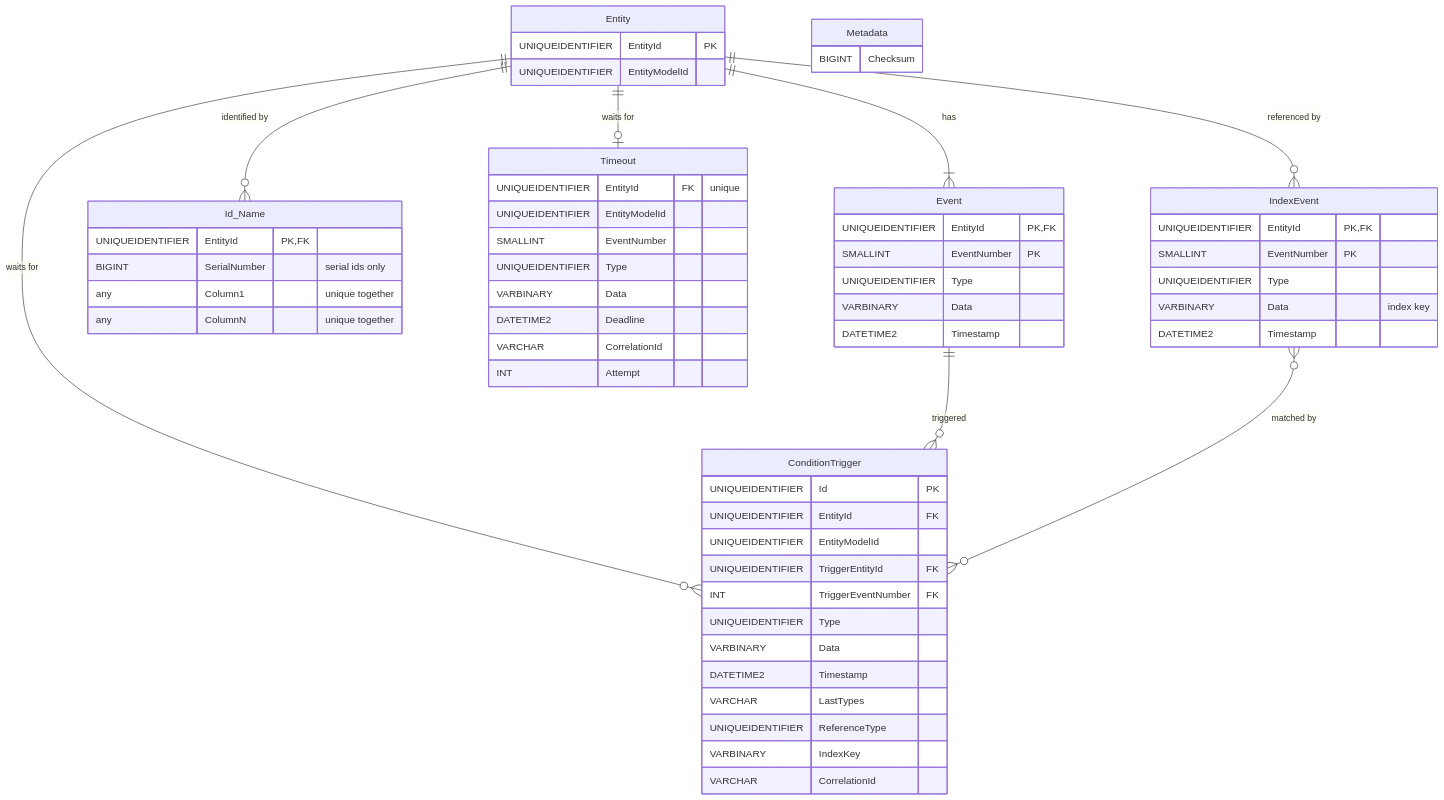
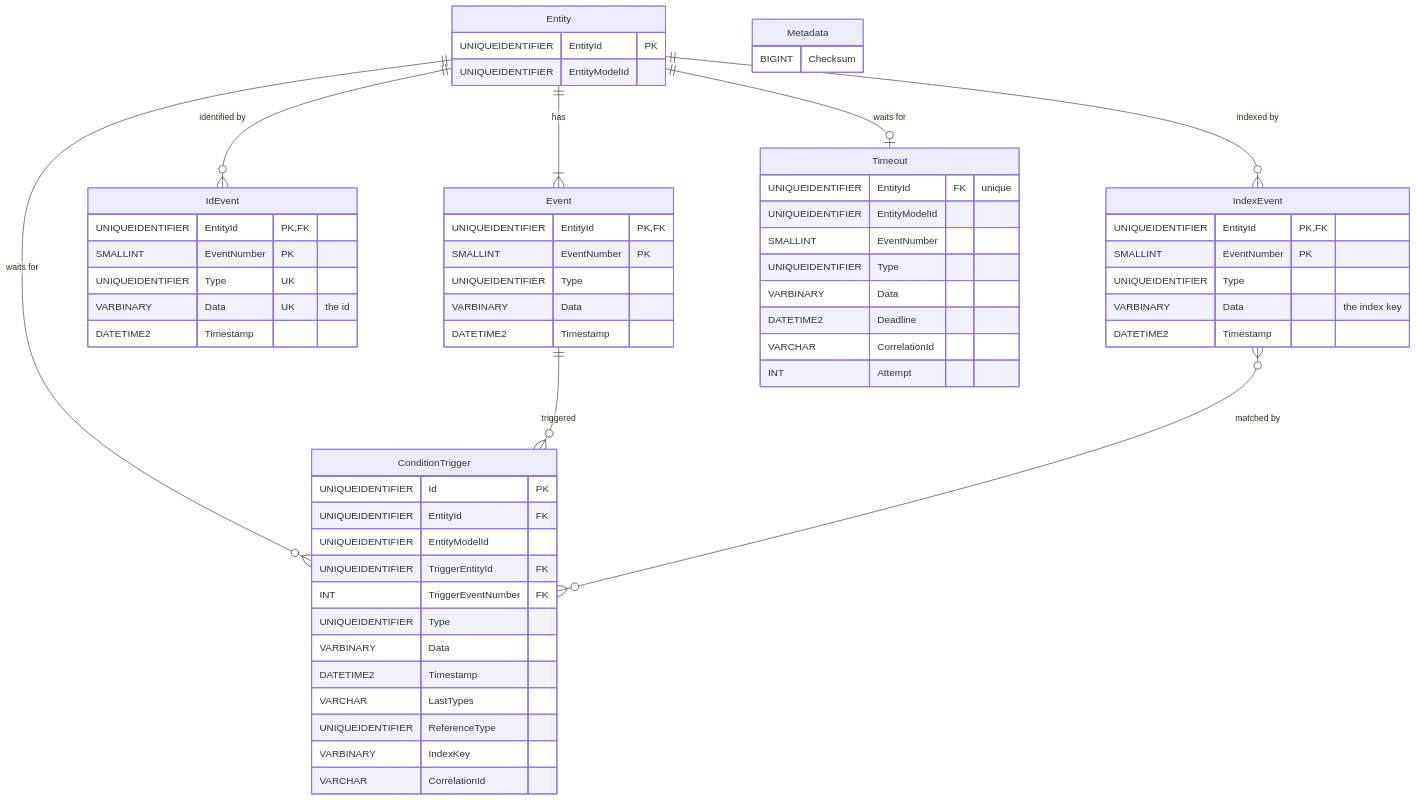
One commit to the-backend-project/tits changed the diagram in docs/data-model.md. Above: the diagram before and after it, drawn with Mermaid. The commit also changed other lines of this file, not shown here.

First line of the commit message:
Update the data model docs to ids as id events

````diff
--- a/docs/data-model.md
+++ b/docs/data-model.md
@@ -7,62 +7,63 @@
 ```mermaid
 erDiagram
     Entity ||--|{ Event : "has"
-    Entity ||--o{ Id_Name : "identified by"
+    Entity ||--o{ IdEvent : "identified by"
+    Entity ||--o{ IndexEvent : "indexed by"
     Entity ||--o| Timeout : "waits for"
     Entity ||--o{ ConditionTrigger : "waits for"
-    Entity ||--o{ IndexEvent : "referenced by"
     Event ||--o{ ConditionTrigger : "triggered"
     IndexEvent }o--o{ ConditionTrigger : "matched by"
 
     Metadata {
         BIGINT Checksum
     }
     Entity {
         UNIQUEIDENTIFIER EntityId PK
         UNIQUEIDENTIFIER EntityModelId
     }
     Event {
         UNIQUEIDENTIFIER EntityId PK, FK
         SMALLINT EventNumber PK
         UNIQUEIDENTIFIER Type
         VARBINARY Data
         DATETIME2 Timestamp
     }
+    IdEvent {
+        UNIQUEIDENTIFIER EntityId PK, FK
+        SMALLINT EventNumber PK
+        UNIQUEIDENTIFIER Type UK
+        VARBINARY Data UK "the id"
+        DATETIME2 Timestamp
+    }
     IndexEvent {
         UNIQUEIDENTIFIER EntityId PK, FK
         SMALLINT EventNumber PK
         UNIQUEIDENTIFIER Type
-        VARBINARY Data "index key"
+        VARBINARY Data "the index key"
         DATETIME2 Timestamp
-    }
-    Id_Name {
-        UNIQUEIDENTIFIER EntityId PK, FK
-        BIGINT SerialNumber "serial ids only"
-        any Column1 "unique together"
-        any ColumnN "unique together"
     }
     Timeout {
         UNIQUEIDENTIFIER EntityId FK "unique"
         UNIQUEIDENTIFIER EntityModelId
         SMALLINT EventNumber
         UNIQUEIDENTIFIER Type
         VARBINARY Data
         DATETIME2 Deadline
         VARCHAR CorrelationId
         INT Attempt
     }
     ConditionTrigger {
         UNIQUEIDENTIFIER Id PK
         UNIQUEIDENTIFIER EntityId FK
         UNIQUEIDENTIFIER EntityModelId
         UNIQUEIDENTIFIER TriggerEntityId FK
         INT TriggerEventNumber FK
         UNIQUEIDENTIFIER Type
         VARBINARY Data
         DATETIME2 Timestamp
         VARCHAR LastTypes
         UNIQUEIDENTIFIER ReferenceType
         VARBINARY IndexKey
         VARCHAR CorrelationId
     }
 ```
````
